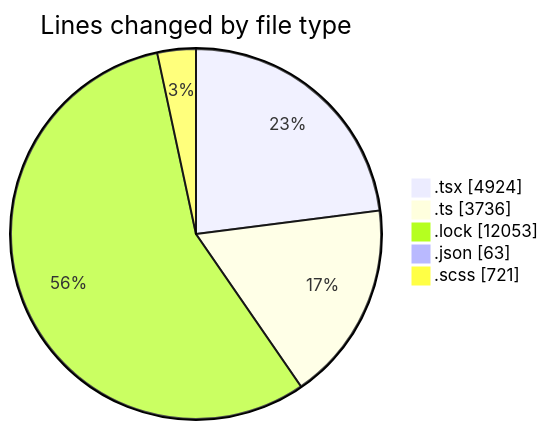
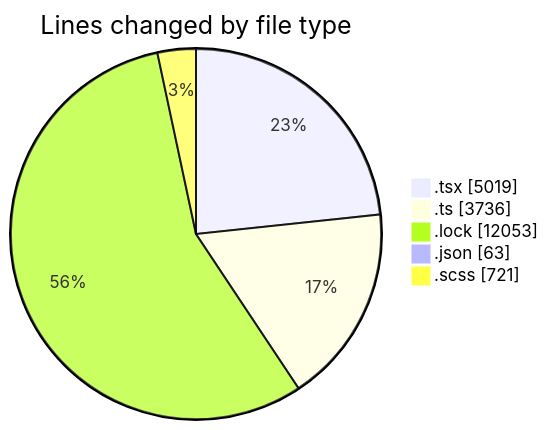
One commit to momahboobian/code-tracking changed the first of 2 diagrams in 2025-12-03/cda/README.md. Above: the diagram before and after it, drawn with Mermaid. The commit also changed other lines of this file and 1 other file, not shown here.

````diff
--- a/2025-12-03/cda/README.md
+++ b/2025-12-03/cda/README.md
@@ -32,9 +32,9 @@
 ```mermaid
 pie showData
 title Lines changed by file type
-".tsx" : 4924
+".tsx" : 5019
 ".ts" : 3736
 ".lock" : 12053
 ".json" : 63
 ".scss" : 721
 ```
````
